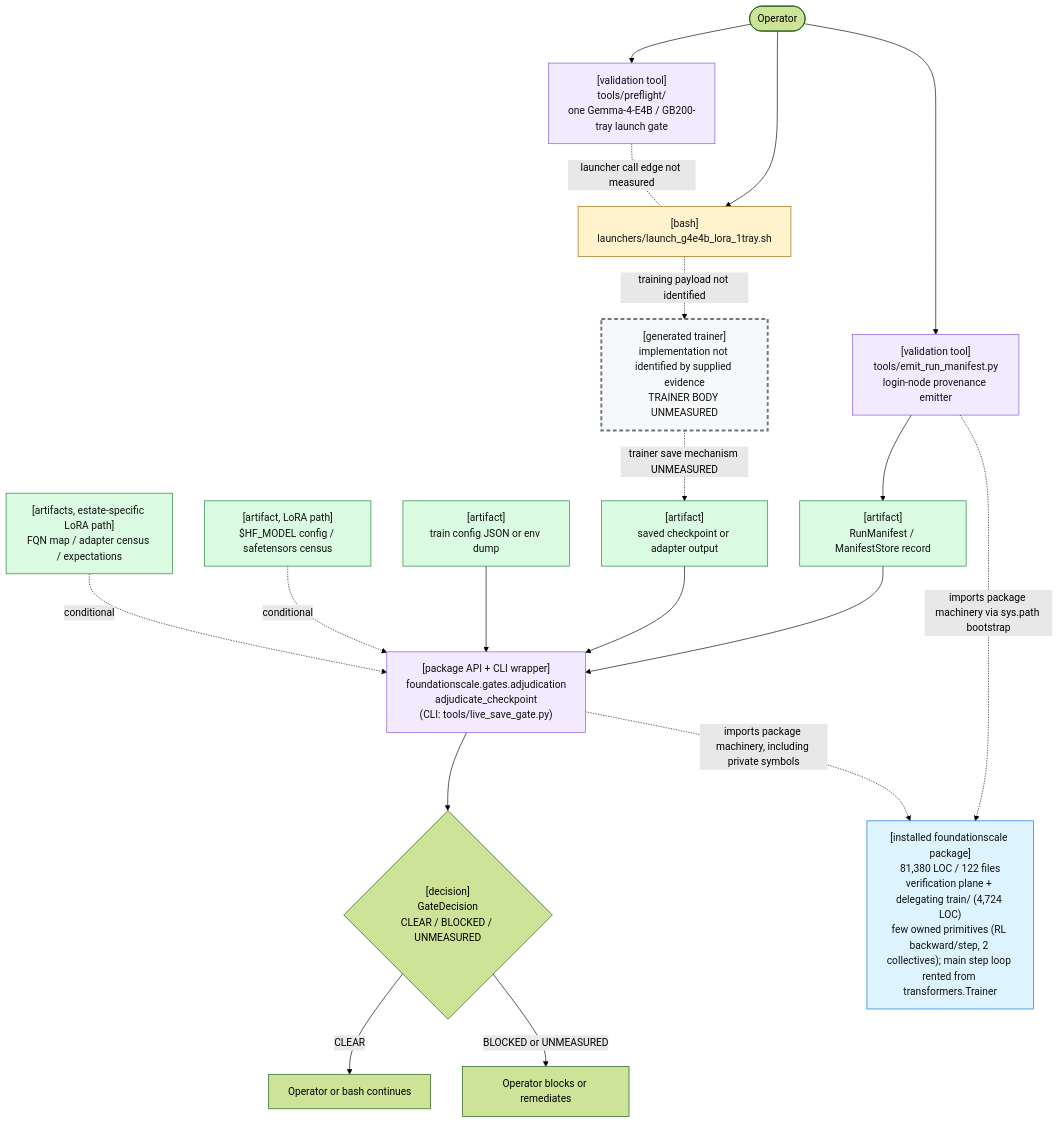
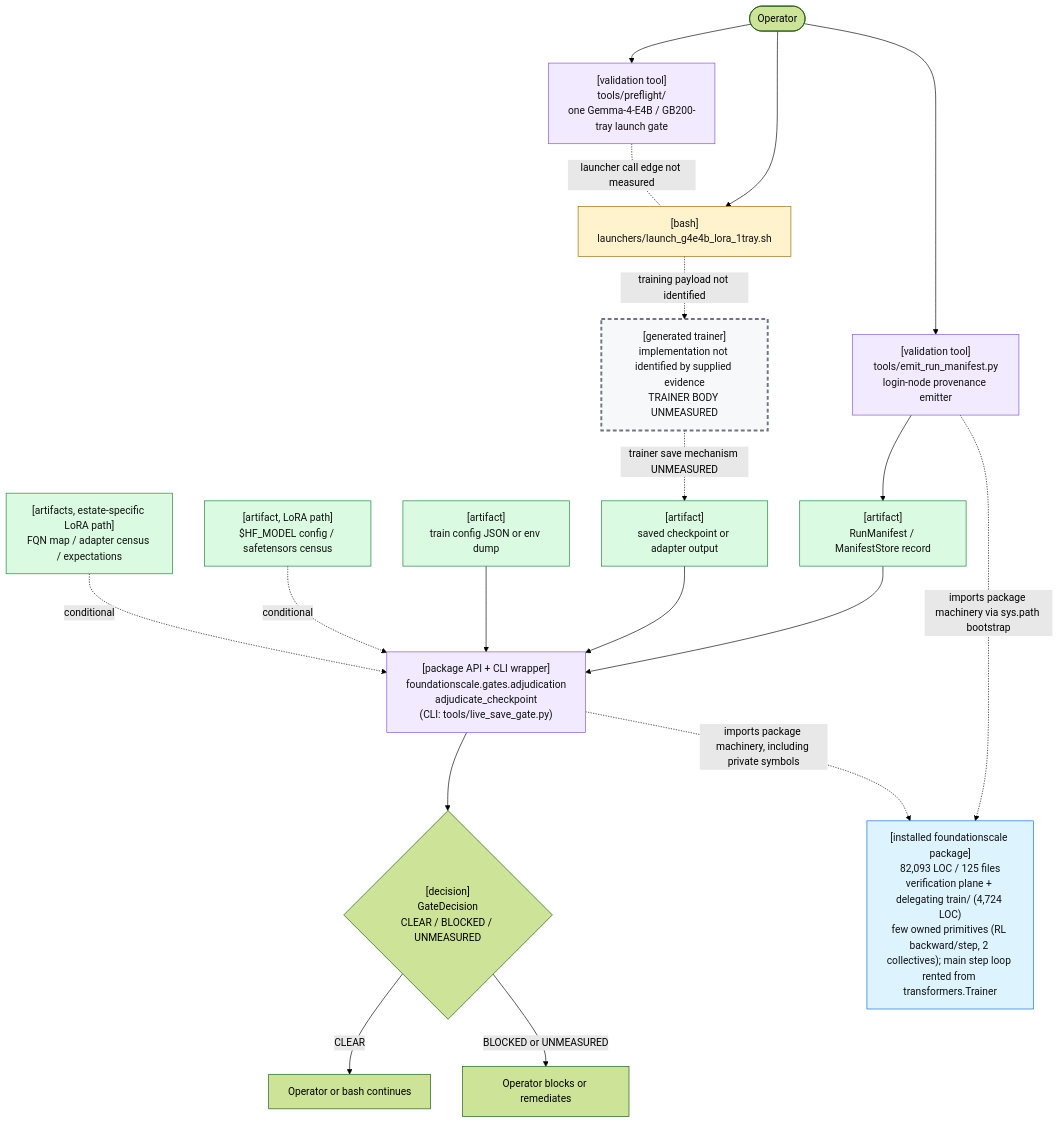
Before and after one commit to TranNhiem/FoundationScale: the first of 2 diagrams in docs/review/D2_current_architecture.md, drawn with Mermaid (forest theme). The commit also changed other lines of this file and 21 other files, not shown here.

````diff
--- a/docs/review/D2_current_architecture.md
+++ b/docs/review/D2_current_architecture.md
@@ -25,59 +25,59 @@
 ```mermaid
 flowchart TB
   O(["Operator"])
 
   PF["[validation tool]<br/>tools/preflight/<br/>one Gemma-4-E4B / GB200-tray launch gate"]
   L["[bash]<br/>launchers/launch_g4e4b_lora_1tray.sh"]
 
   E["[validation tool]<br/>tools/emit_run_manifest.py<br/>login-node provenance emitter"]
   M["[artifact]<br/>RunManifest / ManifestStore record"]
 
   T["[generated trainer]<br/>implementation not identified by supplied evidence<br/>TRAINER BODY UNMEASURED"]
   C["[artifact]<br/>saved checkpoint or adapter output"]
 
   G["[package API + CLI wrapper]<br/>foundationscale.gates.adjudication<br/>adjudicate_checkpoint<br/>(CLI: tools/live_save_gate.py)"]
   CFG["[artifact]<br/>train config JSON or env dump"]
   BASE["[artifact, LoRA path]<br/>$HF_MODEL config / safetensors census"]
   CEN["[artifacts, estate-specific LoRA path]<br/>FQN map / adapter census / expectations"]
 
   D{"[decision]<br/>GateDecision<br/>CLEAR / BLOCKED / UNMEASURED"}
   OK["Operator or bash continues"]
   NO["Operator blocks or remediates"]
 
-  PKG["[installed foundationscale package]<br/>81,380 LOC / 122 files<br/>verification plane + delegating train/ (4,724 LOC)<br/>few owned primitives (RL backward/step, 2 collectives); main step loop rented from transformers.Trainer"]
+  PKG["[installed foundationscale package]<br/>82,093 LOC / 125 files<br/>verification plane + delegating train/ (4,724 LOC)<br/>few owned primitives (RL backward/step, 2 collectives); main step loop rented from transformers.Trainer"]
 
   O --> PF
   O --> L
   PF -. "launcher call edge not measured" .- L
 
   O --> E
   E --> M
 
   L -. "training payload not identified" .-> T
   T -. "trainer save mechanism UNMEASURED" .-> C
 
   M --> G
   C --> G
   CFG --> G
   BASE -. "conditional" .-> G
   CEN -. "conditional" .-> G
 
   E -. "imports package machinery via sys.path bootstrap" .-> PKG
   G -. "imports package machinery, including private symbols" .-> PKG
 
   G --> D
   D -->|"CLEAR"| OK
   D -->|"BLOCKED or UNMEASURED"| NO
 
   classDef bash fill:#fff3cd,stroke:#9a6700,color:#111;
   classDef tool fill:#f2eaff,stroke:#8250df,color:#111;
   classDef artifact fill:#dafbe1,stroke:#1a7f37,color:#111;
   classDef gap fill:#f6f8fa,stroke:#6e7781,stroke-width:3px,stroke-dasharray: 6 4,color:#111;
   classDef pkg fill:#ddf4ff,stroke:#0969da,color:#111;
 
   class L bash;
   class PF,E,G tool;
   class M,C,CFG,BASE,CEN artifact;
   class T gap;
   class PKG pkg;
 ```
````
